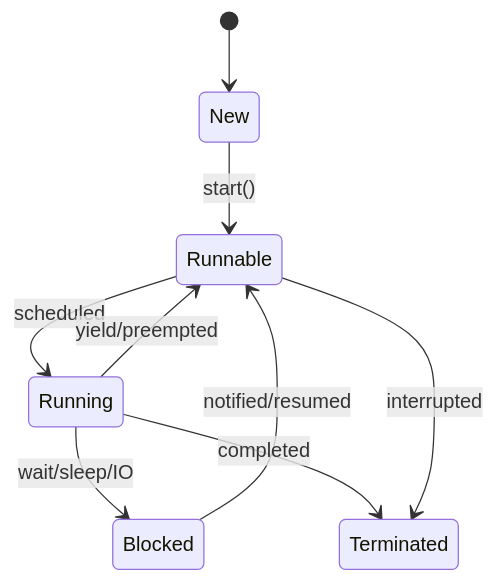
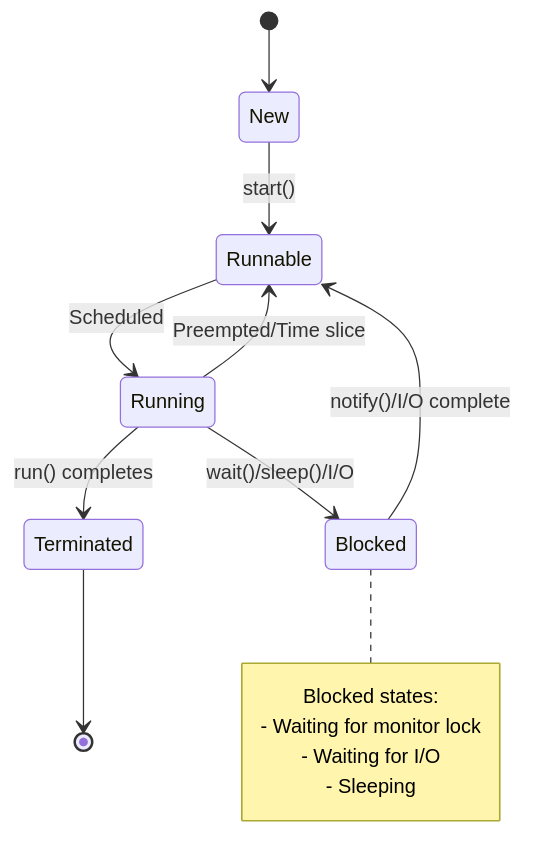
One commit to VrushankPatel/interview-matters changed the diagram in multithreading-and-concurrency-in-java/README.md. Above: the diagram before and after it, drawn with Mermaid. The commit also changed other lines of this file and 5 other files, not shown here.

````diff
--- a/multithreading-and-concurrency-in-java/README.md
+++ b/multithreading-and-concurrency-in-java/README.md
@@ -19,11 +23,18 @@
 ```mermaid
 stateDiagram-v2
     [*] --> New
     New --> Runnable: start()
-    Runnable --> Running: scheduled
-    Running --> Runnable: yield/preempted
-    Running --> Blocked: wait/sleep/IO
-    Blocked --> Runnable: notified/resumed
-    Running --> Terminated: completed
-    Runnable --> Terminated: interrupted
+    Runnable --> Running: Scheduled
+    Running --> Runnable: Preempted/Time slice
+    Running --> Blocked: wait()/sleep()/I/O
+    Blocked --> Runnable: notify()/I/O complete
+    Running --> Terminated: run() completes
+    Terminated --> [*]
+    
+    note right of Blocked
+        Blocked states:
+        - Waiting for monitor lock
+        - Waiting for I/O
+        - Sleeping
+    end note
 ```
````
